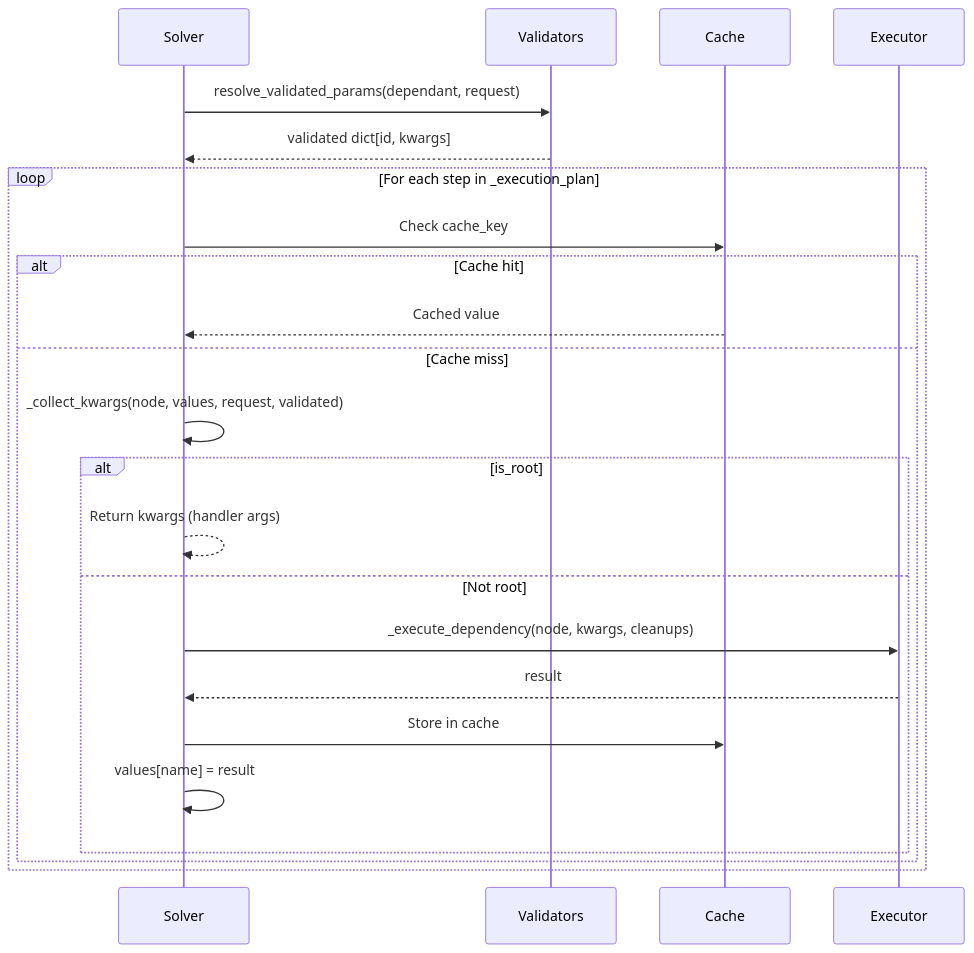
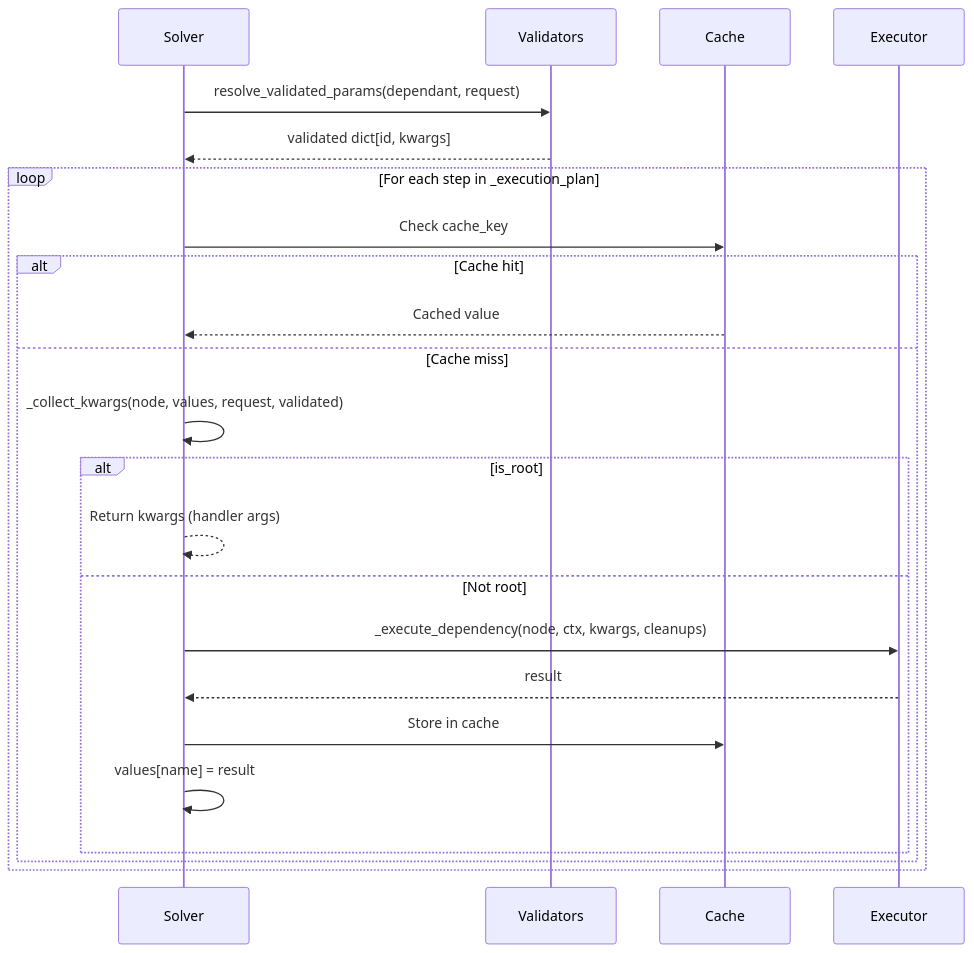
One commit to sillohq/core changed the fourth of 8 diagrams in docs/docs/src/content/docs/v1.0/advanced/dependency-injection.md. Above: the diagram before and after it, drawn with Mermaid. The commit also changed other lines of this file and 18 other files, not shown here.

````diff
--- a/docs/docs/src/content/docs/v1.0/advanced/dependency-injection.md
+++ b/docs/docs/src/content/docs/v1.0/advanced/dependency-injection.md
@@ -375,27 +366,27 @@
 ```mermaid
 sequenceDiagram
     participant S as Solver
     participant V as Validators
     participant C as Cache
     participant E as Executor
 
     S->>V: resolve_validated_params(dependant, request)
     V-->>S: validated dict[id, kwargs]
 
     loop For each step in _execution_plan
         S->>C: Check cache_key
         alt Cache hit
             C-->>S: Cached value
         else Cache miss
             S->>S: _collect_kwargs(node, values, request, validated)
             alt is_root
                 S-->>S: Return kwargs (handler args)
             else Not root
-                S->>E: _execute_dependency(node, kwargs, cleanups)
+                S->>E: _execute_dependency(node, ctx, kwargs, cleanups)
                 E-->>S: result
                 S->>C: Store in cache
                 S->>S: values[name] = result
             end
         end
     end
 ```
````
